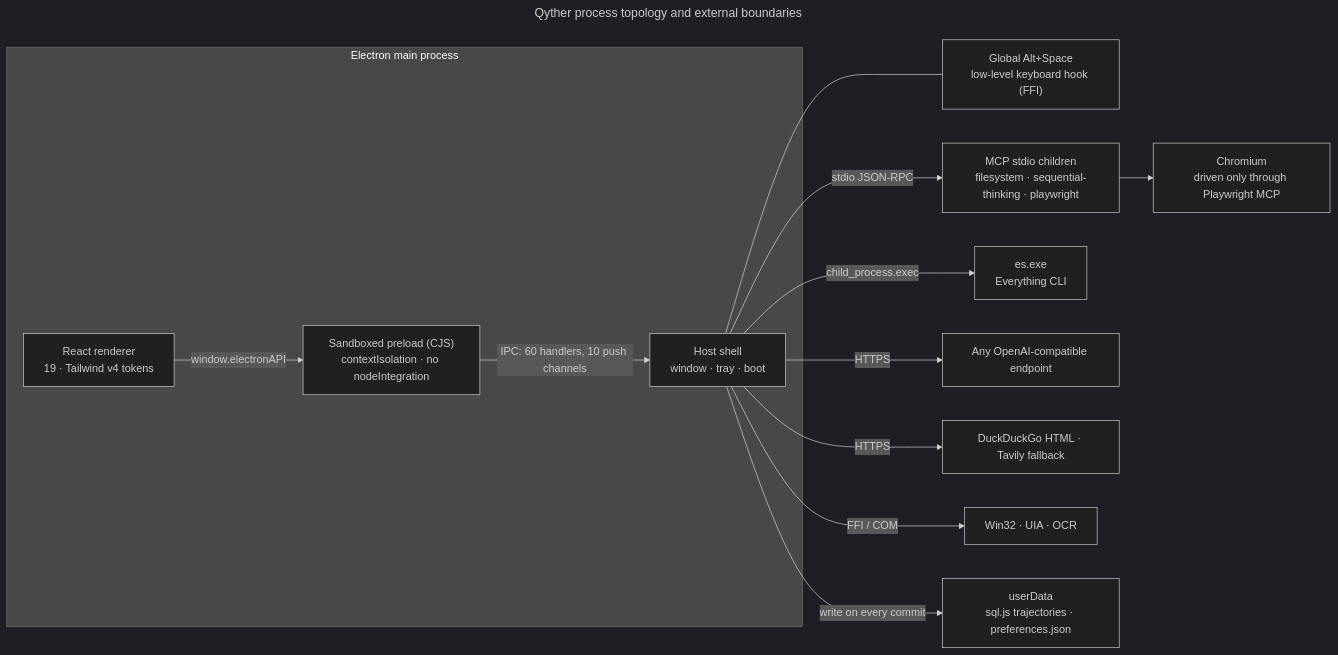
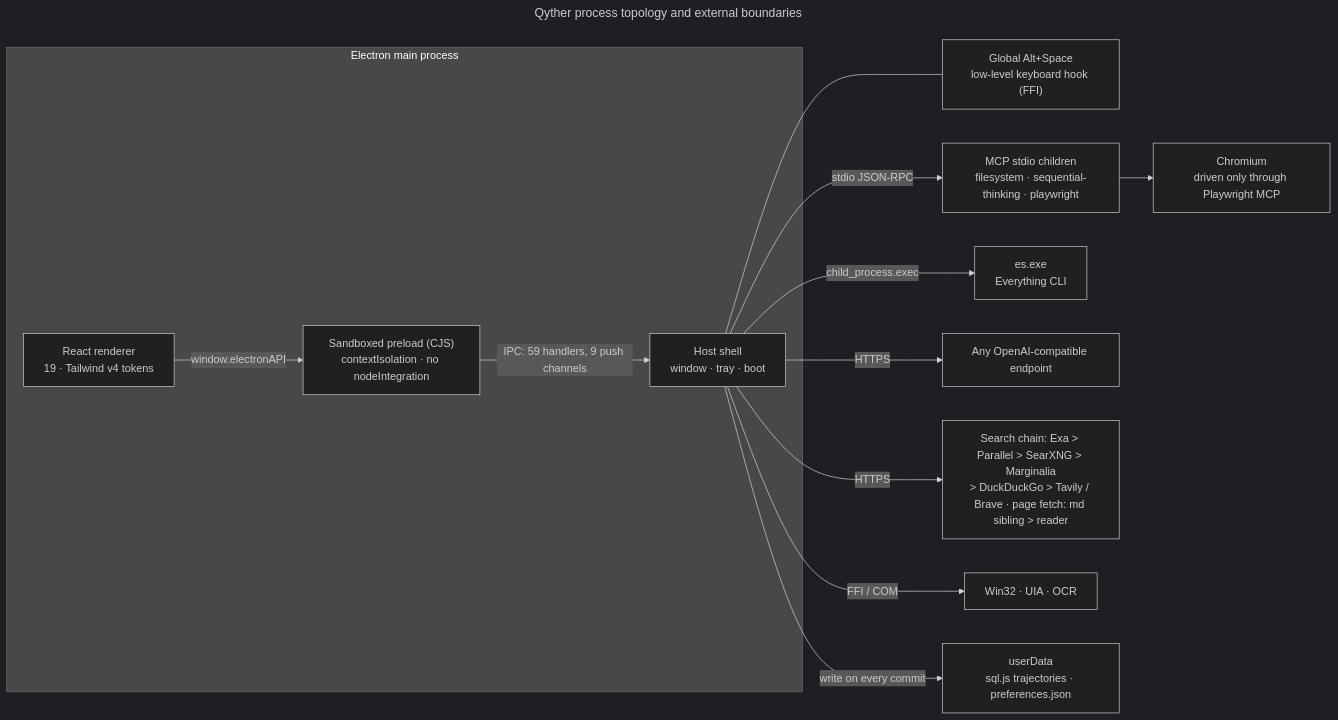
One commit to Launchero/Qyther changed the first of 2 diagrams in README.md. Above: the diagram before and after it, drawn with Mermaid (dark theme). The commit also changed other lines of this file and 10 other files, not shown here.

````diff
--- a/README.md
+++ b/README.md
@@ -57,29 +57,29 @@
 ```mermaid
 ---
 title: "Qyther process topology and external boundaries"
 ---
 flowchart LR
   subgraph MAIN["Electron main process"]
     M["Host shell<br/>window · tray · boot"]
     P["Sandboxed preload (CJS)<br/>contextIsolation · no nodeIntegration"]
     R["React renderer<br/>19 · Tailwind v4 tokens"]
     R -- "window.electronAPI" --> P
-    P -- "IPC: 60 handlers, 10 push channels" --> M
+    P -- "IPC: 59 handlers, 9 push channels" --> M
   end
   H["Global Alt+Space<br/>low-level keyboard hook (FFI)"]
   M --- H
   MCP["MCP stdio children<br/>filesystem · sequential-thinking · playwright"]
   CH["Chromium<br/>driven only through Playwright MCP"]
   ES["es.exe<br/>Everything CLI"]
   LLM["Any OpenAI-compatible endpoint"]
-  WEB["DuckDuckGo HTML · Tavily fallback"]
+  WEB["Search chain: Exa > Parallel > SearXNG > Marginalia<br/>> DuckDuckGo > Tavily / Brave &middot; page fetch: md sibling > reader"]
   OS["Win32 · UIA · OCR"]
   DB["userData<br/>sql.js trajectories · preferences.json"]
   M -- "stdio JSON-RPC" --> MCP
   MCP --> CH
   M -- "child_process.exec" --> ES
   M -- "HTTPS" --> LLM
   M -- "HTTPS" --> WEB
   M -- "FFI / COM" --> OS
   M -- "write on every commit" --> DB
 ```
````
